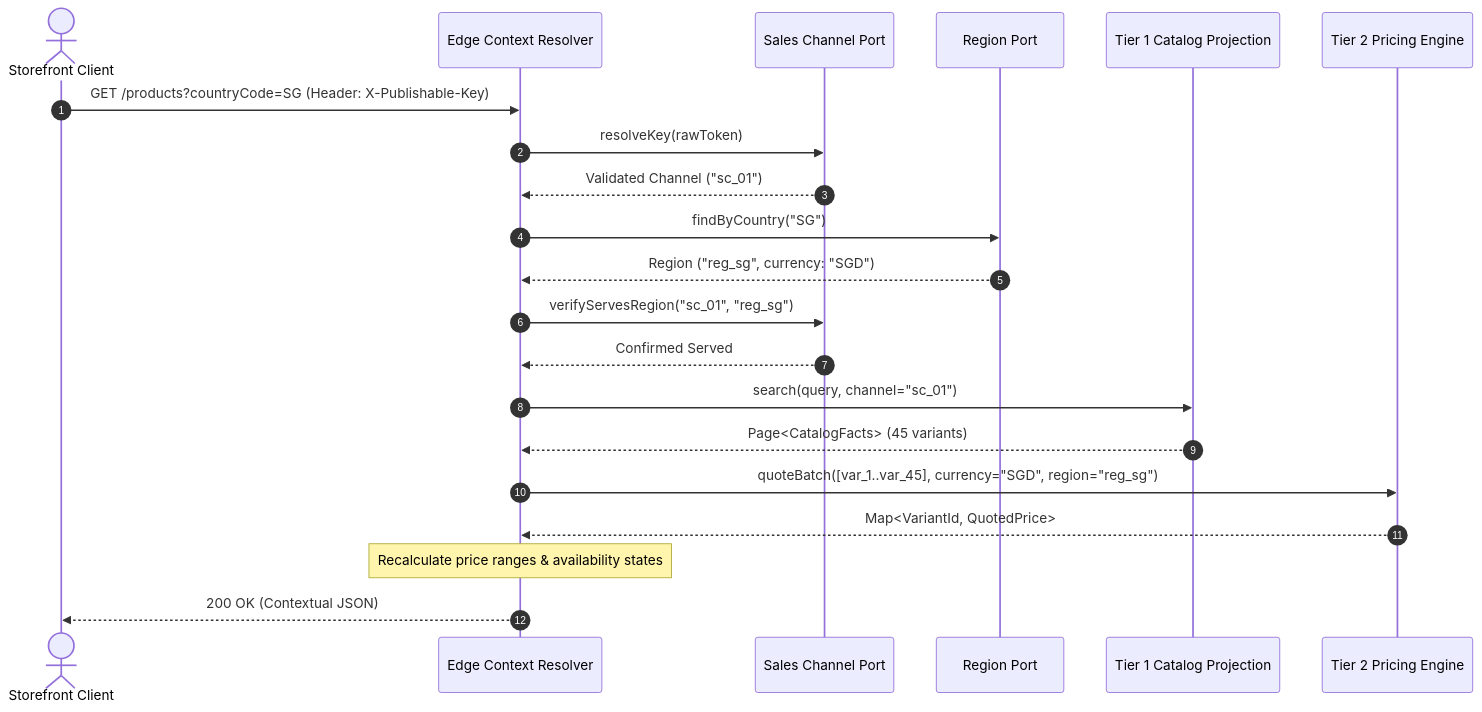
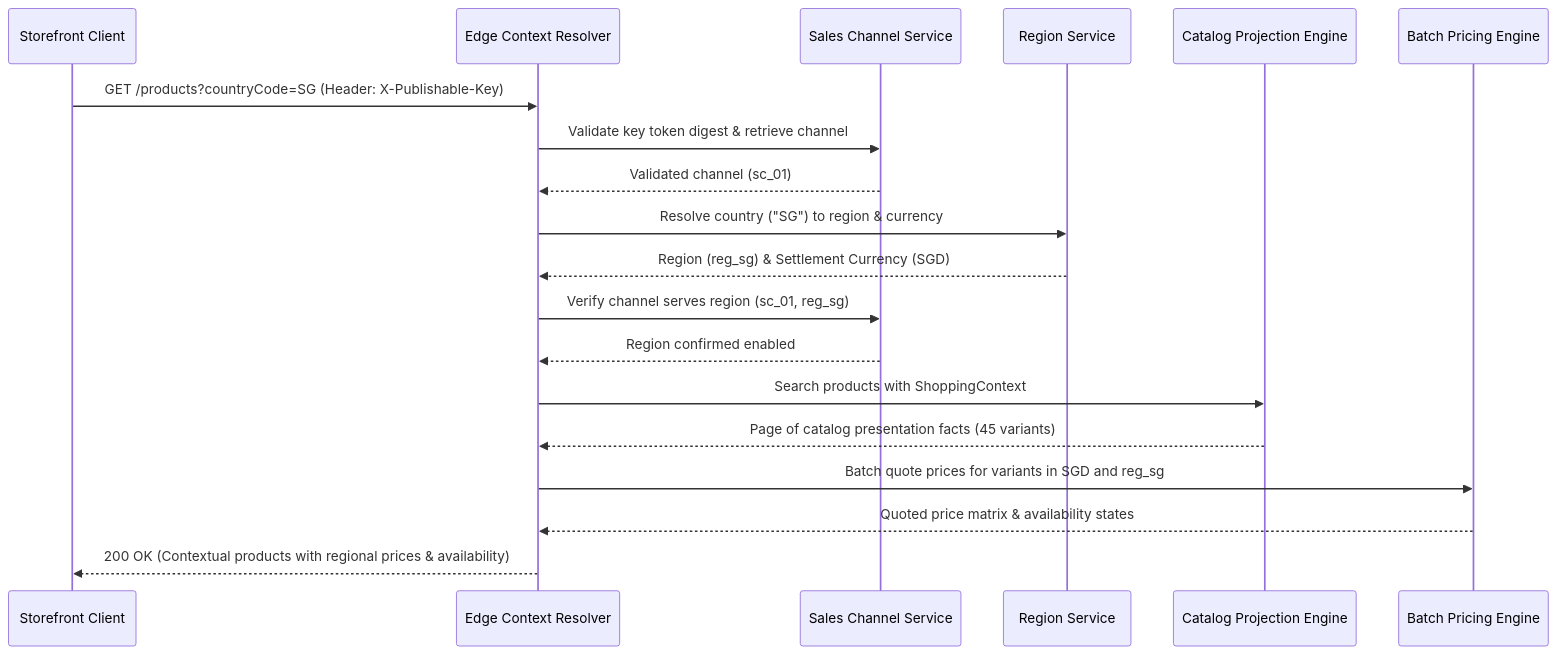
One commit to khinemyaezin/grab changed the third of 3 diagrams in docs/system-design/001-multi_regional_contextual_discovery_system_design.md. Above: the diagram before and after it, drawn with Mermaid. The commit also changed other lines of this file and 22 other files, not shown here.

Commit message:
feat: implement vectorized batch pricing engine for multi-regional support

````diff
--- a/docs/system-design/001-multi_regional_contextual_discovery_system_design.md
+++ b/docs/system-design/001-multi_regional_contextual_discovery_system_design.md
@@ -102,25 +79,22 @@
 ```mermaid
 sequenceDiagram
-    autonumber
-    actor Shopper as Storefront Client
+    participant User as Storefront Client
     participant Resolver as Edge Context Resolver
-    participant SalesChannel as Sales Channel Port
-    participant Region as Region Port
-    participant Discovery as Tier 1 Catalog Projection
-    participant Pricing as Tier 2 Pricing Engine
+    participant ChannelSvc as Sales Channel Service
+    participant RegionSvc as Region Service
+    participant Tier1 as Catalog Projection Engine
+    participant Tier2 as Batch Pricing Engine
 
-    Shopper->>Resolver: GET /products?countryCode=SG (Header: X-Publishable-Key)
-    Resolver->>SalesChannel: resolveKey(rawToken)
-    SalesChannel-->>Resolver: Validated Channel ("sc_01")
-    Resolver->>Region: findByCountry("SG")
-    Region-->>Resolver: Region ("reg_sg", currency: "SGD")
-    Resolver->>SalesChannel: verifyServesRegion("sc_01", "reg_sg")
-    SalesChannel-->>Resolver: Confirmed Served
-
-    Resolver->>Discovery: search(query, channel="sc_01")
-    Discovery-->>Resolver: Page<CatalogFacts> (45 variants)
-    Resolver->>Pricing: quoteBatch([var_1..var_45], currency="SGD", region="reg_sg")
-    Pricing-->>Resolver: Map<VariantId, QuotedPrice>
-    Note over Resolver: Recalculate price ranges & availability states
-    Resolver-->>Shopper: 200 OK (Contextual JSON)
+    User->>Resolver: GET /products?countryCode=SG (Header: X-Publishable-Key)
+    Resolver->>ChannelSvc: Validate key token digest & retrieve channel
+    ChannelSvc-->>Resolver: Validated channel (sc_01)
+    Resolver->>RegionSvc: Resolve country ("SG") to region & currency
+    RegionSvc-->>Resolver: Region (reg_sg) & Settlement Currency (SGD)
+    Resolver->>ChannelSvc: Verify channel serves region (sc_01, reg_sg)
+    ChannelSvc-->>Resolver: Region confirmed enabled
+    Resolver->>Tier1: Search products with ShoppingContext
+    Tier1-->>Resolver: Page of catalog presentation facts (45 variants)
+    Resolver->>Tier2: Batch quote prices for variants in SGD and reg_sg
+    Tier2-->>Resolver: Quoted price matrix & availability states
+    Resolver-->>User: 200 OK (Contextual products with regional prices & availability)
 ```
````
